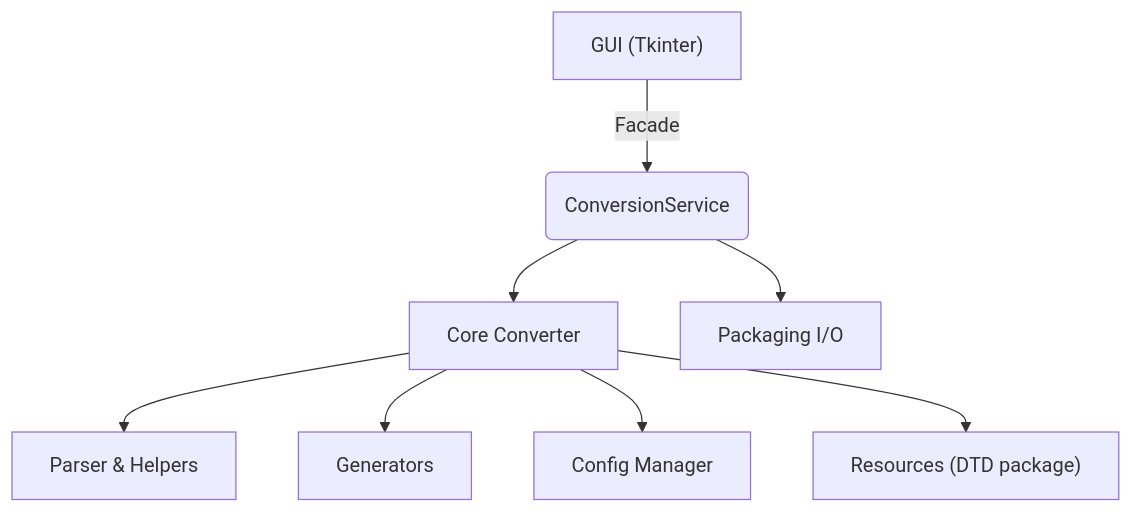
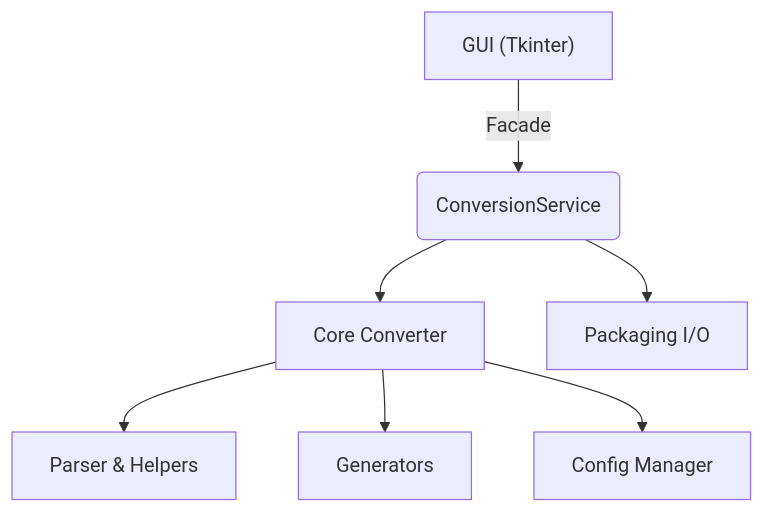
Before and after one commit to Orsso/orlando-toolkit: the diagram in docs/architecture_overview.md, drawn with Mermaid. The commit also changed other lines of this file and 11 other files, not shown here.

````diff
--- a/docs/architecture_overview.md
+++ b/docs/architecture_overview.md
@@ -9,10 +9,10 @@
 ```mermaid
 flowchart TD
     A["GUI (Tkinter)"] -->|"Facade"| B("ConversionService")
     B --> C["Core Converter"]
     C --> D["Parser & Helpers"]
     C --> E["Generators"]
     C --> F["Config Manager"]
-    C --> G["Resources (DTD package)"]
+    %% Resources (DTD package) removed; DTDs are not embedded in packages
     B --> H["Packaging I/O"]
 ```
````
